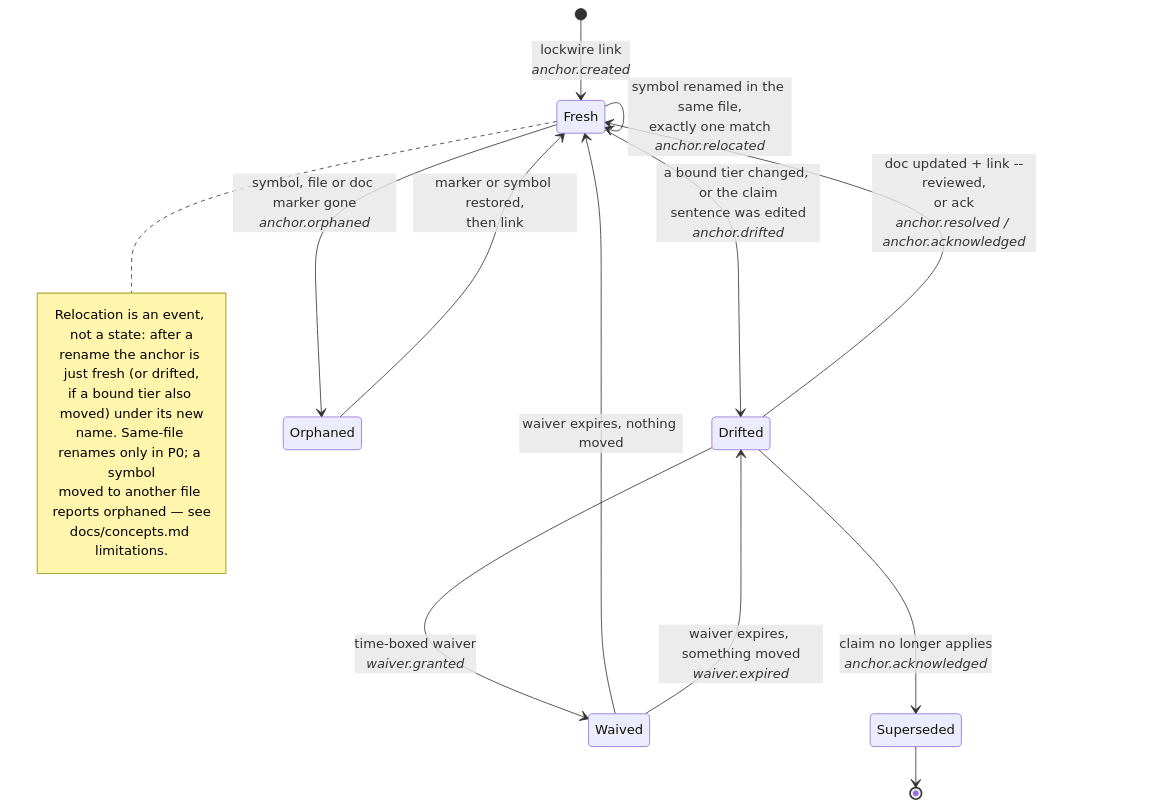
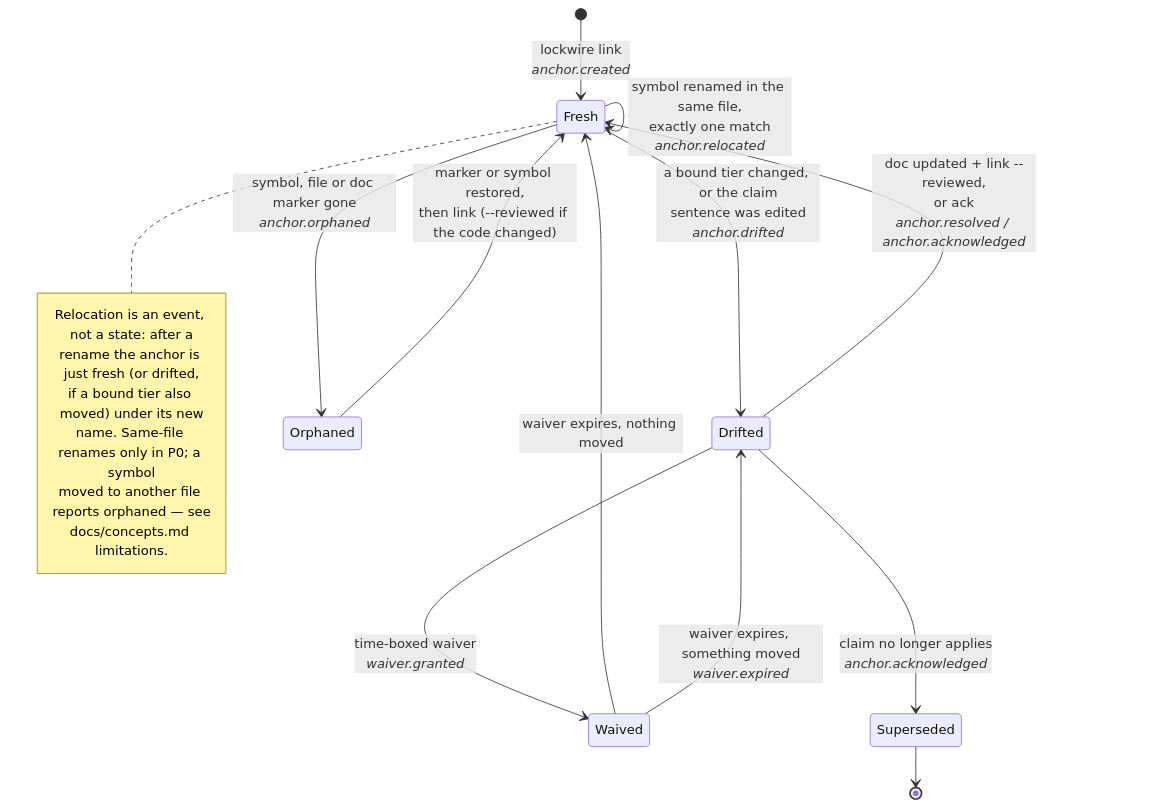
One commit to Reality-Ventures/lockwire changed the third of 4 diagrams in README.md. Above: the diagram before and after it, drawn with Mermaid. The commit also changed 23 other files, not shown here.

Commit message:
Make link follow relocated anchors, gate orphaned re-stamps, backfill legacy claim hashes, pin root precedence

````diff
--- a/README.md
+++ b/README.md
@@ -115,28 +115,28 @@
 ```mermaid
 stateDiagram-v2
     [*] --> Fresh: lockwire link<br/><i>anchor.created</i>
 
     Fresh --> Drifted: a bound tier changed, or the claim<br/>sentence was edited<br/><i>anchor.drifted</i>
     Fresh --> Fresh: symbol renamed in the same file,<br/>exactly one match<br/><i>anchor.relocated</i>
     Fresh --> Orphaned: symbol, file or doc marker gone<br/><i>anchor.orphaned</i>
 
     Drifted --> Fresh: doc updated + link --reviewed,<br/>or ack<br/><i>anchor.resolved / anchor.acknowledged</i>
     Drifted --> Waived: time-boxed waiver<br/><i>waiver.granted</i>
     Drifted --> Superseded: claim no longer applies<br/><i>anchor.acknowledged</i>
 
     Waived --> Fresh: waiver expires, nothing moved
     Waived --> Drifted: waiver expires, something moved<br/><i>waiver.expired</i>
 
-    Orphaned --> Fresh: marker or symbol restored,<br/>then link
+    Orphaned --> Fresh: marker or symbol restored,<br/>then link (--reviewed if the code changed)
 
     Superseded --> [*]
 
     note right of Fresh
         Relocation is an event, not a state: after a
         rename the anchor is just fresh (or drifted,
         if a bound tier also moved) under its new
         name. Same-file renames only in P0; a symbol
         moved to another file reports orphaned — see
         docs/concepts.md limitations.
     end note
 ```
````
